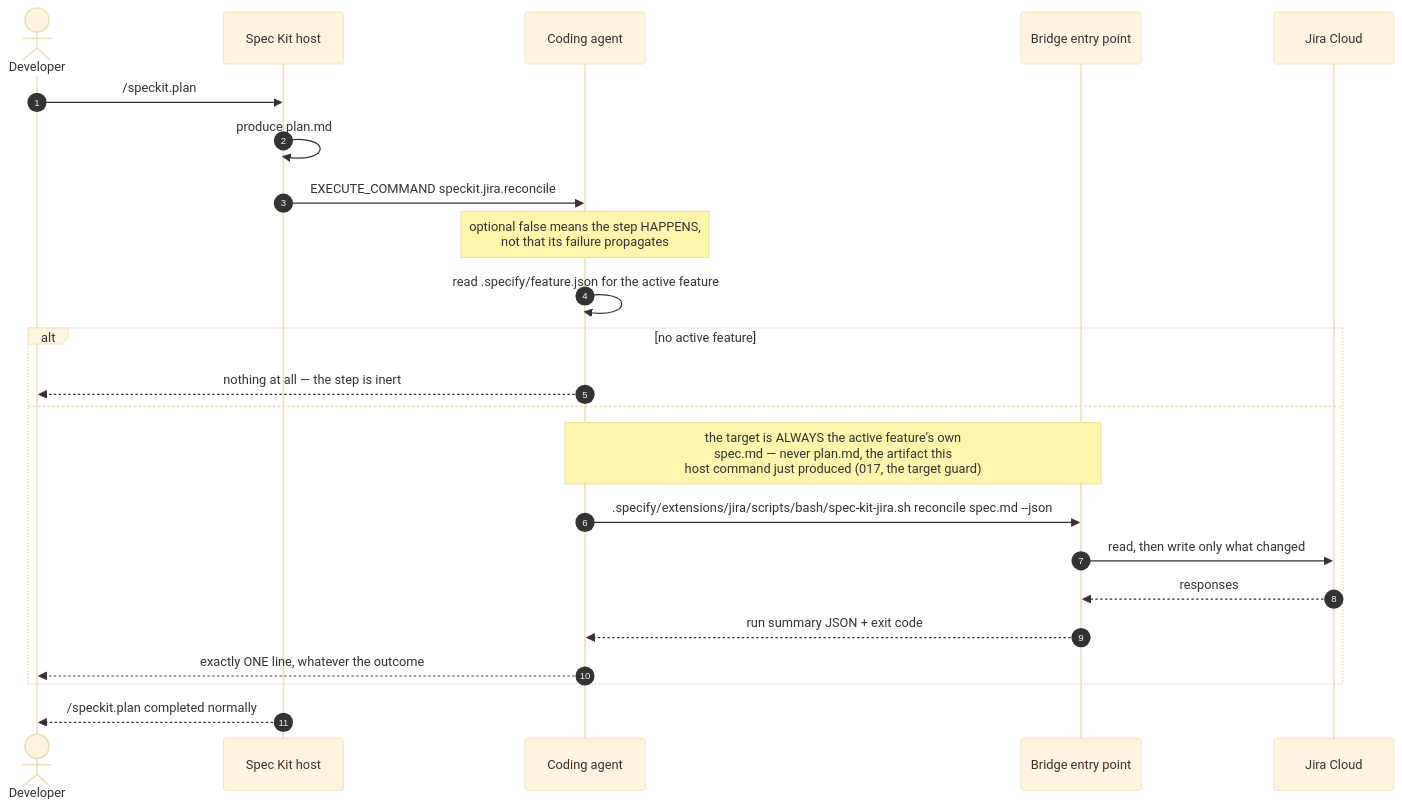
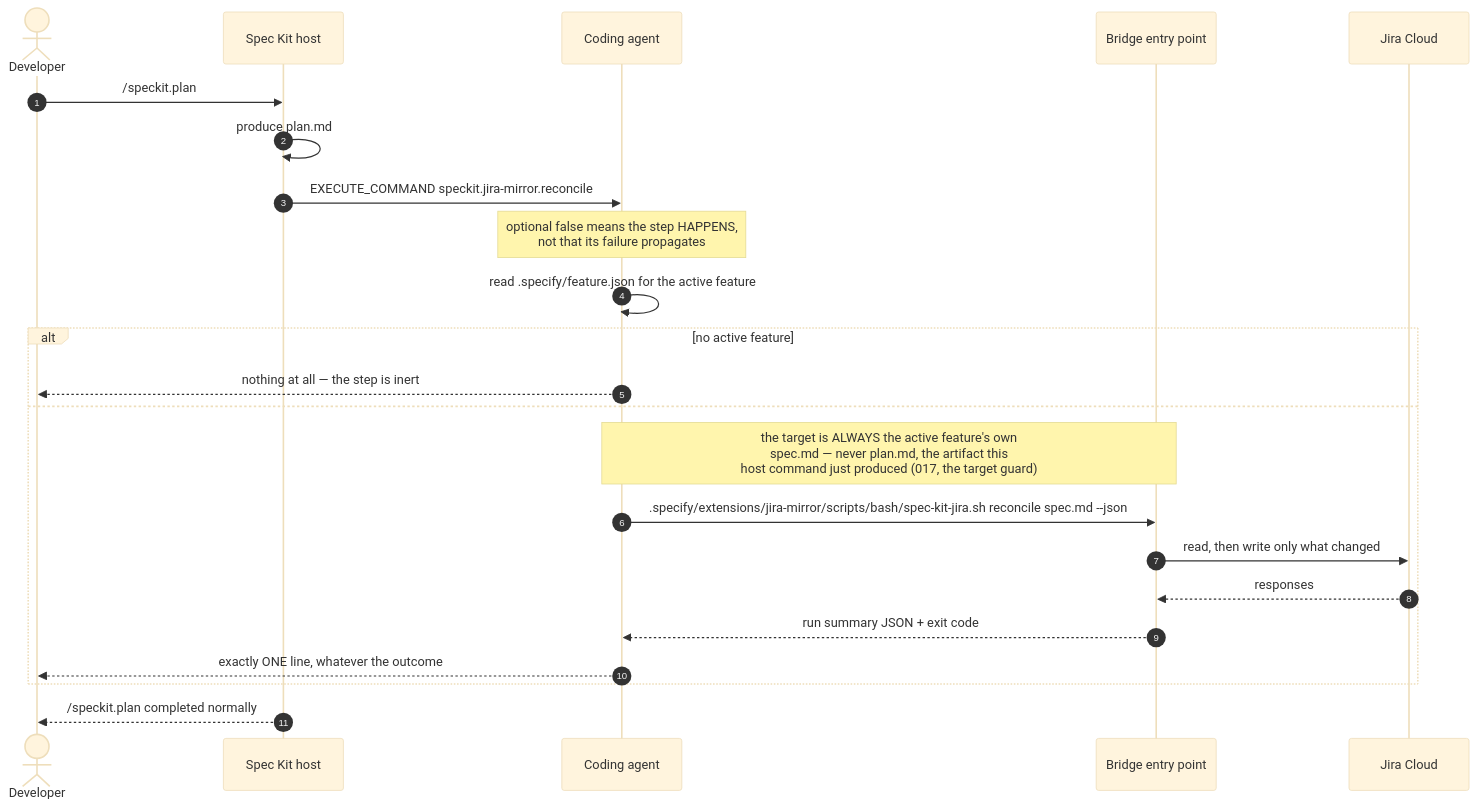
One commit to Fyloss/spec-kit-jira changed the third of 5 diagrams in docs/03-lifecycle-hooks.md. Above: the diagram before and after it, drawn with Mermaid (base theme). The commit also changed other lines of this file and 104 other files, not shown here.

First line of the commit message:
feat!: rename the extension id, commands, and repository to jira-mirror (#57)

````diff
--- a/docs/03-lifecycle-hooks.md
+++ b/docs/03-lifecycle-hooks.md
@@ -82,27 +82,27 @@
 ```mermaid
 sequenceDiagram
     autonumber
     actor Dev as Developer
     participant Host as Spec Kit host
     participant Agent as Coding agent
     participant Bridge as Bridge entry point
     participant Jira as Jira Cloud
 
     Dev->>Host: /speckit.plan
     Host->>Host: produce plan.md
-    Host->>Agent: EXECUTE_COMMAND speckit.jira.reconcile
+    Host->>Agent: EXECUTE_COMMAND speckit.jira-mirror.reconcile
     Note over Agent: optional false means the step HAPPENS,<br/>not that its failure propagates
 
     Agent->>Agent: read .specify/feature.json for the active feature
     alt no active feature
         Agent-->>Dev: nothing at all — the step is inert
     else
         Note over Agent,Bridge: the target is ALWAYS the active feature's own<br/>spec.md — never plan.md, the artifact this<br/>host command just produced (017, the target guard)
-        Agent->>Bridge: .specify/extensions/jira/scripts/bash/spec-kit-jira.sh reconcile spec.md --json
+        Agent->>Bridge: .specify/extensions/jira-mirror/scripts/bash/spec-kit-jira.sh reconcile spec.md --json
         Bridge->>Jira: read, then write only what changed
         Jira-->>Bridge: responses
         Bridge-->>Agent: run summary JSON + exit code
         Agent-->>Dev: exactly ONE line, whatever the outcome
     end
     Host-->>Dev: /speckit.plan completed normally
 ```
````
